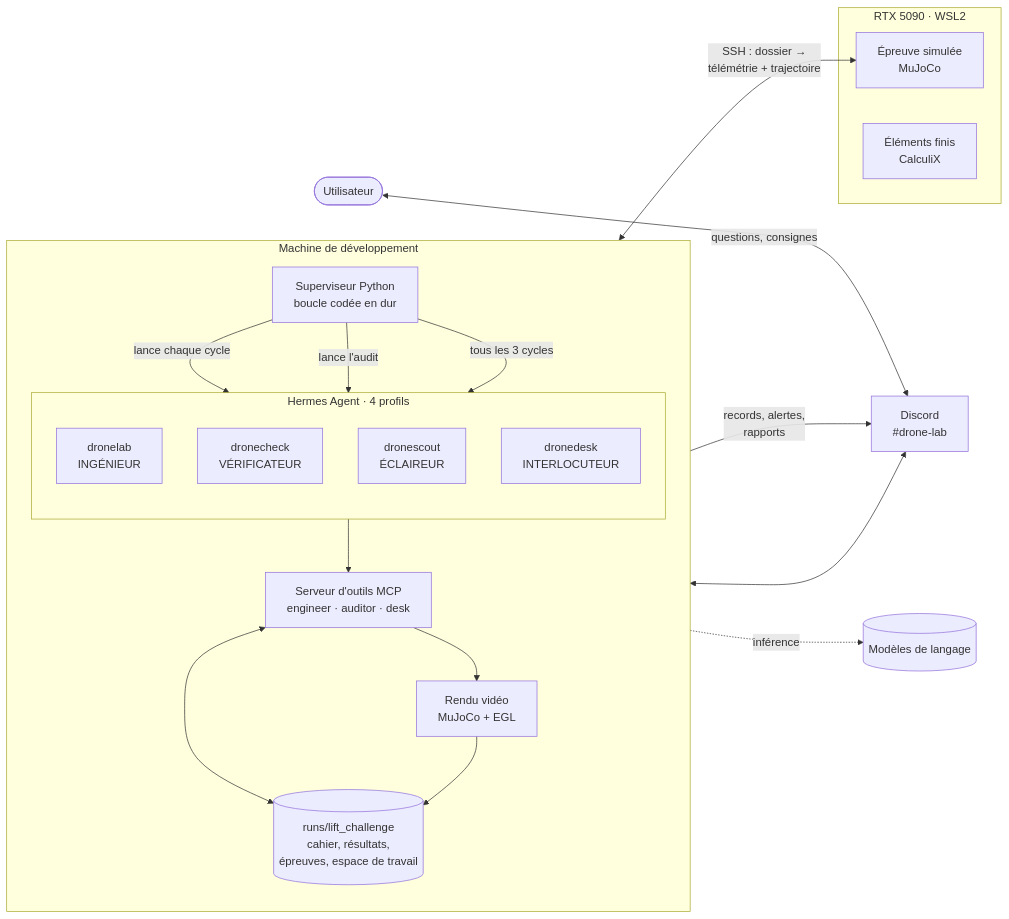
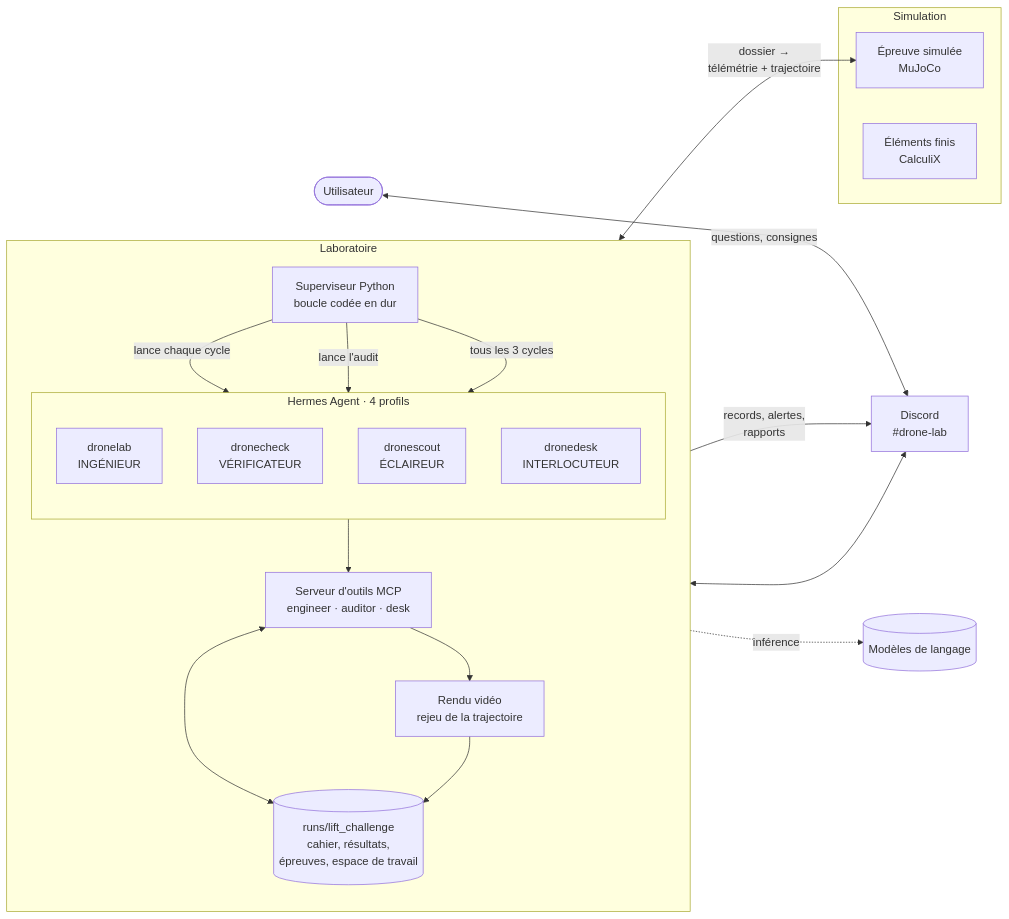
Before and after one commit to Gougnafier/dronelab: the second of 12 diagrams in docs/architecture.md, drawn with Mermaid. The commit also changed other lines of this file and 9 other files, not shown here.

````diff
--- a/docs/architecture.md
+++ b/docs/architecture.md
@@ -36,37 +36,37 @@
 ```mermaid
 flowchart LR
     USER(["Utilisateur"]) <-->|"questions, consignes"| DISCORD["Discord<br/>#drone-lab"]
 
-    subgraph DEV["Machine de développement"]
+    subgraph DEV["Laboratoire"]
         direction TB
         SUP["Superviseur Python<br/>boucle codée en dur"]
         subgraph HERMES["Hermes Agent · 4 profils"]
             direction TB
             ENG["dronelab<br/>INGÉNIEUR"]
             AUD["dronecheck<br/>VÉRIFICATEUR"]
             SCOUT["dronescout<br/>ÉCLAIREUR"]
             DESK["dronedesk<br/>INTERLOCUTEUR"]
         end
         MCP["Serveur d'outils MCP<br/>engineer · auditor · desk"]
         FILES[("runs/lift_challenge<br/>cahier, résultats,<br/>épreuves, espace de travail")]
-        RENDER["Rendu vidéo<br/>MuJoCo + EGL"]
+        RENDER["Rendu vidéo<br/>rejeu de la trajectoire"]
         SUP -->|"lance chaque cycle"| ENG
         SUP -->|"lance l'audit"| AUD
         SUP -->|"tous les 3 cycles"| SCOUT
         HERMES --> MCP
         MCP <--> FILES
         MCP --> RENDER --> FILES
     end
 
-    subgraph GPU["RTX 5090 · WSL2"]
+    subgraph CALC["Simulation"]
         SIM["Épreuve simulée<br/>MuJoCo"]
         FEM["Éléments finis<br/>CalculiX"]
     end
 
     LLM[("Modèles de langage")]
 
     DISCORD <--> DESK
     SUP -->|"records, alertes,<br/>rapports"| DISCORD
-    MCP <-->|"SSH : dossier →<br/>télémétrie + trajectoire"| SIM
+    MCP <-->|"dossier →<br/>télémétrie + trajectoire"| SIM
     HERMES -.->|"inférence"| LLM
 ```
````
